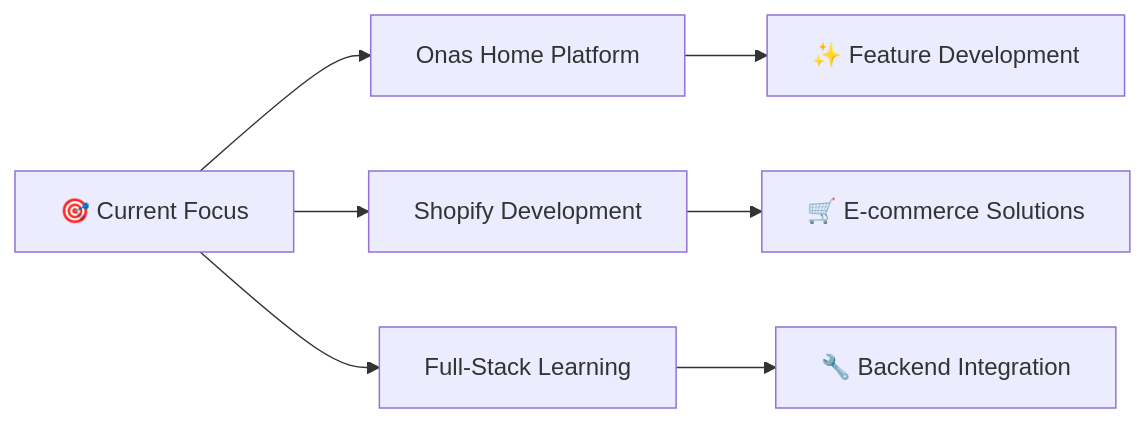
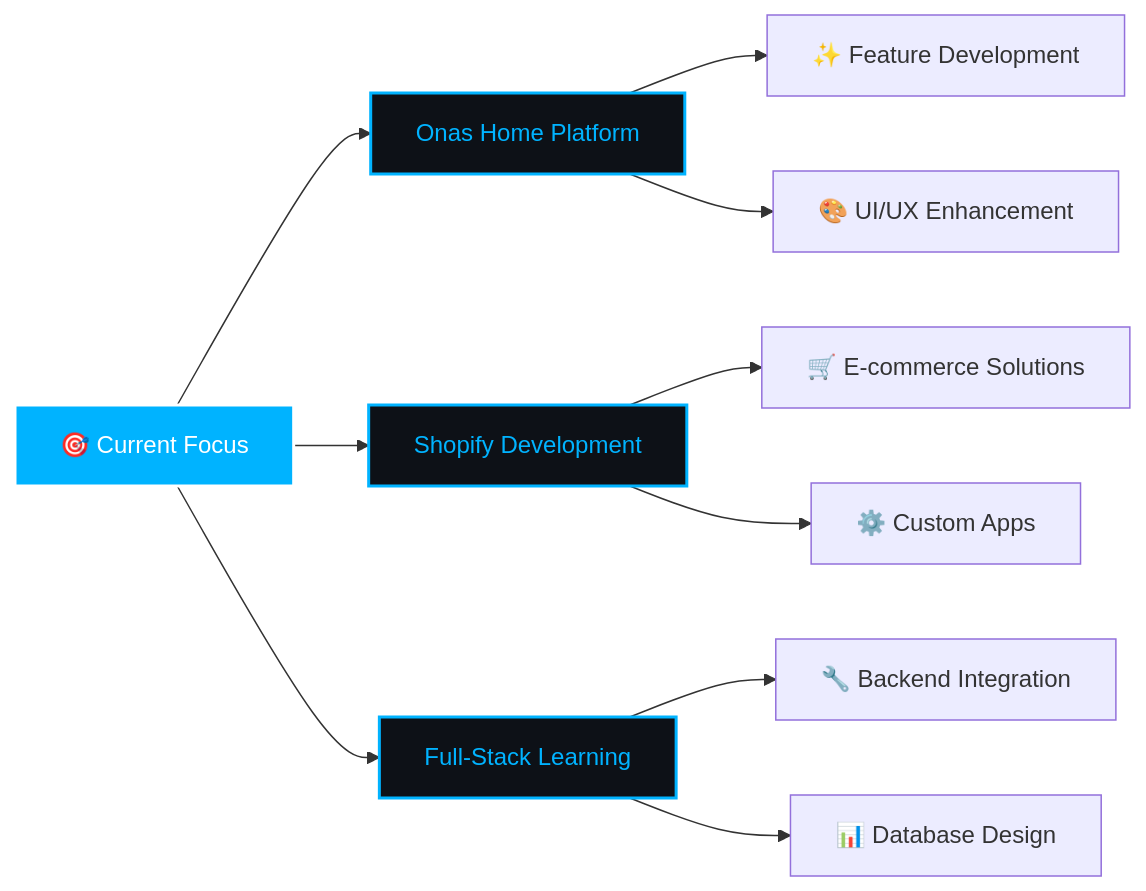
One commit to sohaibjoma/sohaibjoma changed the diagram in README.md. Above: the diagram before and after it, drawn with Mermaid. The commit also changed other lines of this file, not shown here.

````diff
--- a/README.md
+++ b/README.md
@@ -192,9 +190,17 @@
 ```mermaid
 graph LR
     A[🎯 Current Focus] --> B[Onas Home Platform]
     A --> C[Shopify Development]
     A --> D[Full-Stack Learning]
     B --> E[✨ Feature Development]
+    B --> H[🎨 UI/UX Enhancement]
     C --> F[🛒 E-commerce Solutions]
+    C --> I[⚙️ Custom Apps]
     D --> G[🔧 Backend Integration]
+    D --> J[📊 Database Design]
+    
+    style A fill:#00b3ff,stroke:#fff,stroke-width:2px,color:#fff
+    style B fill:#0d1117,stroke:#00b3ff,stroke-width:2px,color:#00b3ff
+    style C fill:#0d1117,stroke:#00b3ff,stroke-width:2px,color:#00b3ff
+    style D fill:#0d1117,stroke:#00b3ff,stroke-width:2px,color:#00b3ff
 ```
````
